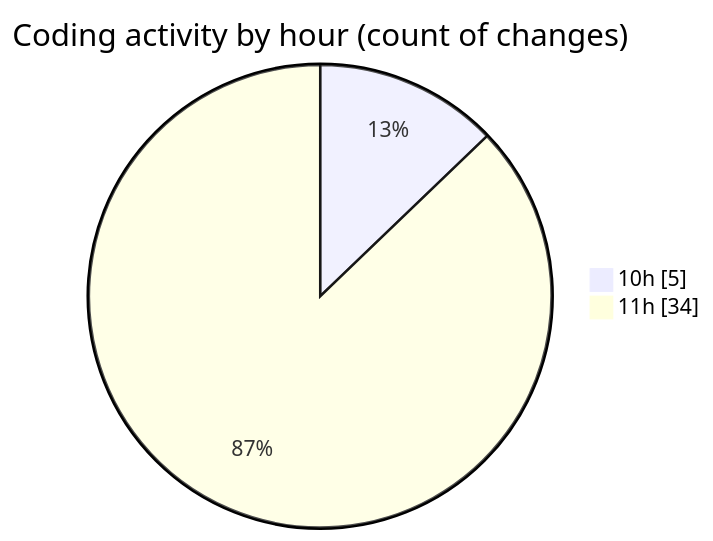
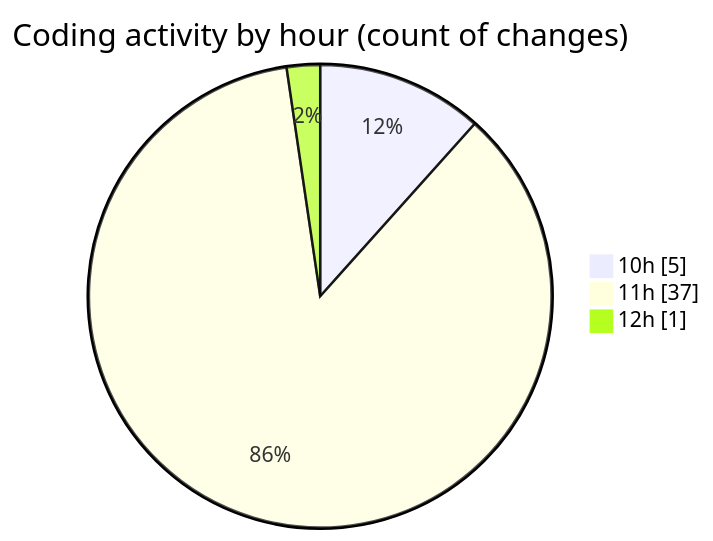
One commit to momahboobian/code-tracking changed the second of 2 diagrams in 2025-07-07/cda/README.md. Above: the diagram before and after it, drawn with Mermaid. The commit also changed other lines of this file and 1 other file, not shown here.

````diff
--- a/2025-07-07/cda/README.md
+++ b/2025-07-07/cda/README.md
@@ -35,6 +36,7 @@
 ```mermaid
 pie showData
 title Coding activity by hour (count of changes)
 "10h" : 5
-"11h" : 34
+"11h" : 37
+"12h" : 1
 ```
````
